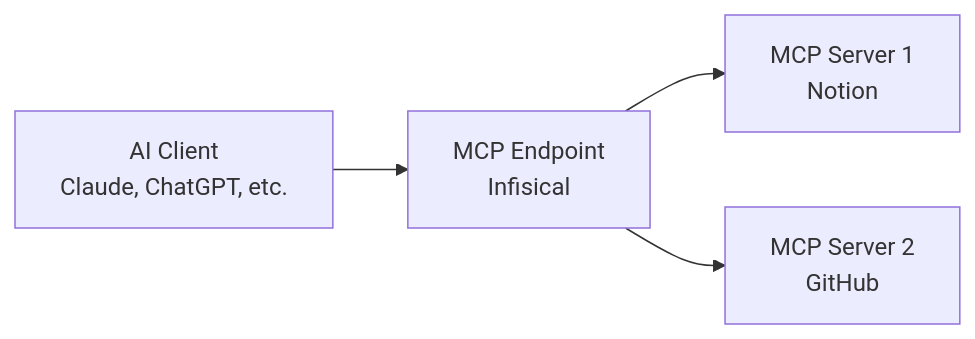
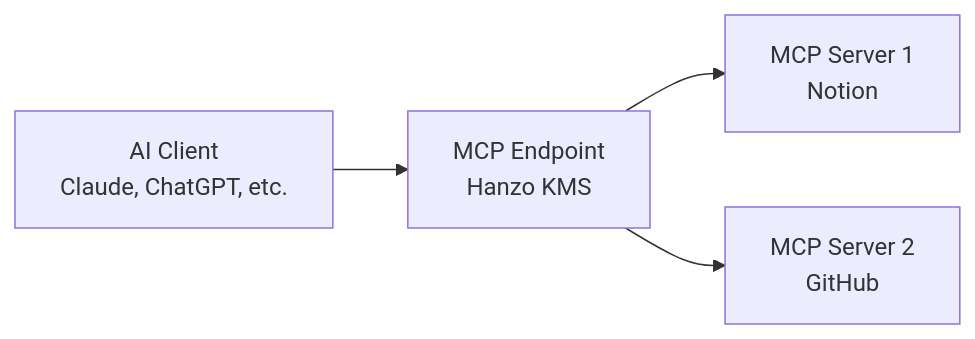
Before and after one commit to hanzoai/kms: the diagram in docs/documentation/platform/agent-sentinel/mcp-endpoints.mdx, drawn with Mermaid. The commit also changed other lines of this file and 927 other files, not shown here.

First line of the commit message:
feat: complete Hanzo KMS rebranding across upstream merge

````diff
--- a/docs/documentation/platform/agent-sentinel/mcp-endpoints.mdx
+++ b/docs/documentation/platform/agent-sentinel/mcp-endpoints.mdx
@@ -36,6 +36,6 @@
 ```mermaid
 graph LR
-    A[AI Client<br/>Claude, ChatGPT, etc.] --> B[MCP Endpoint<br/>Infisical]
+    A[AI Client<br/>Claude, ChatGPT, etc.] --> B[MCP Endpoint<br/>Hanzo KMS]
     B --> C[MCP Server 1<br/>Notion]
     B --> D[MCP Server 2<br/>GitHub]
 ```
````
